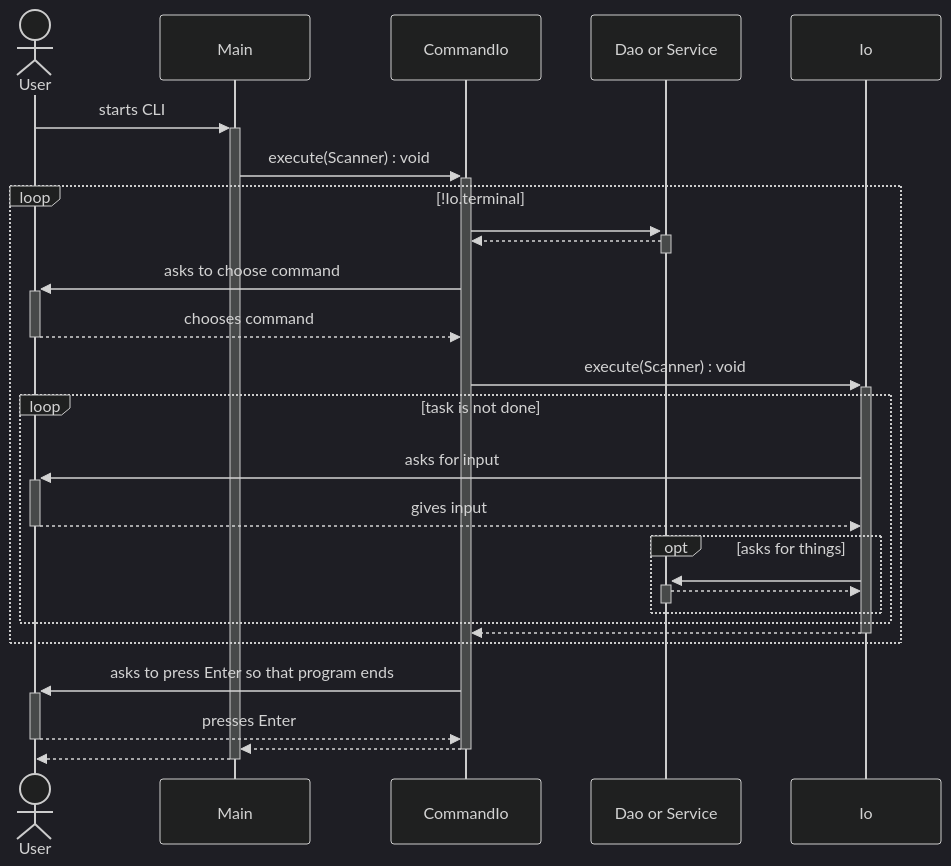
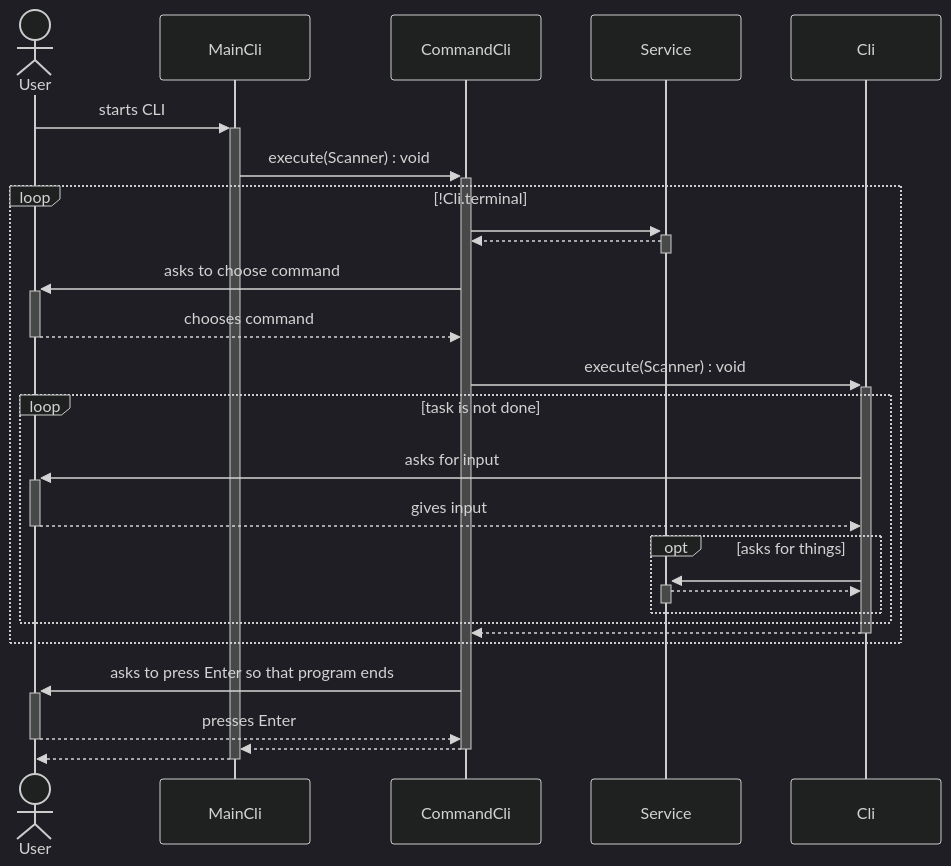
The second of 2 diagrams in README.md (conrado-garcia-studies/dubidubibank), drawn with Mermaid (dark theme) before and after one commit. The commit also changed other lines of this file and 180 other files, not shown here.

````diff
--- a/README.md
+++ b/README.md
@@ -193,26 +192,26 @@
 ```mermaid
 sequenceDiagram
     actor User
-    User->>+Main: starts CLI
-    Main->>+CommandIo: execute(Scanner) : void
-    loop !Io.terminal
-        CommandIo->>+Dao or Service: 
-        Dao or Service-->>-CommandIo: 
-        CommandIo->>+User: asks to choose command
-        User-->>-CommandIo: chooses command
-        CommandIo->>+Io: execute(Scanner) : void
+    User->>+MainCli: starts CLI
+    MainCli->>+CommandCli: execute(Scanner) : void
+    loop !Cli.terminal
+        CommandCli->>+Service: 
+        Service-->>-CommandCli: 
+        CommandCli->>+User: asks to choose command
+        User-->>-CommandCli: chooses command
+        CommandCli->>+Cli: execute(Scanner) : void
         loop task is not done
-            Io->>+User: asks for input
-            User-->>-Io: gives input
+            Cli->>+User: asks for input
+            User-->>-Cli: gives input
             opt asks for things
-                Io->>+Dao or Service: 
-                Dao or Service-->>-Io: 
+                Cli->>+Service: 
+                Service-->>-Cli: 
             end
         end
-        Io-->>-CommandIo: 
+        Cli-->>-CommandCli: 
     end
-    CommandIo->>+User: asks to press Enter so that program ends
-    User-->>-CommandIo: presses Enter
-    CommandIo-->>-Main: 
-    Main-->>-User: 
+    CommandCli->>+User: asks to press Enter so that program ends
+    User-->>-CommandCli: presses Enter
+    CommandCli-->>-MainCli: 
+    MainCli-->>-User: 
 ```
````
